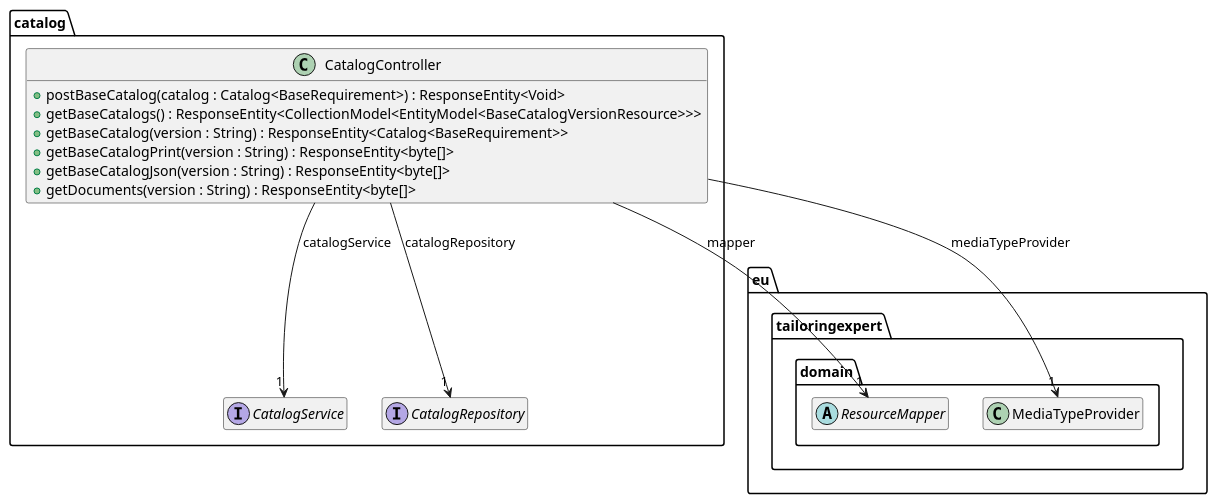
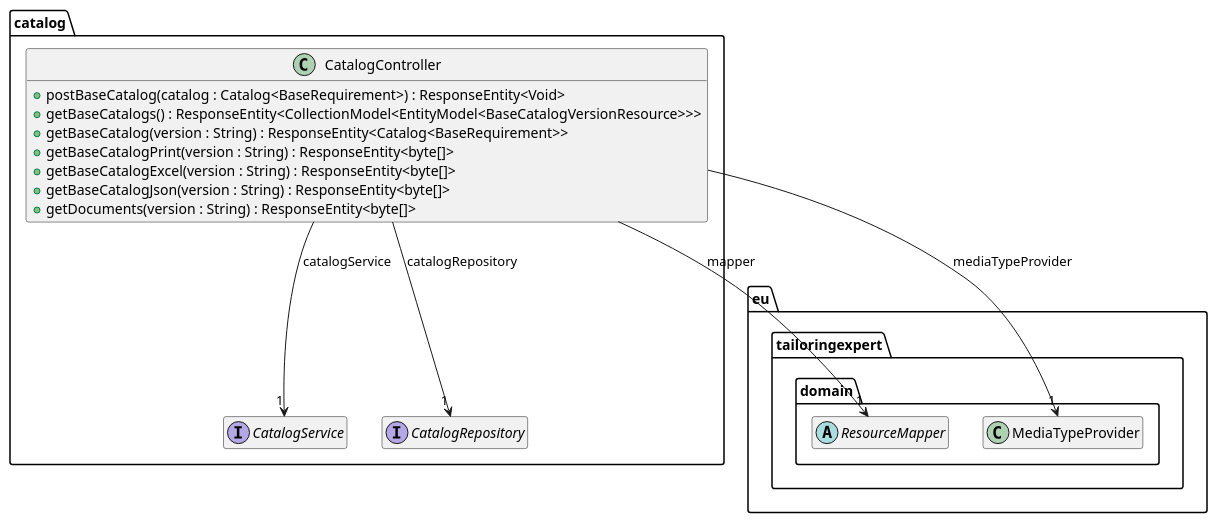
One commit to tailoringexpert/platform changed the diagram in src/site/arc42/plantuml/rest/catalog/Ebene3.plantuml. Above: the diagram before and after it, drawn with PlantUML. The commit also changed 33 other files, not shown here.

```diff
--- a/src/site/arc42/plantuml/rest/catalog/Ebene3.plantuml
+++ b/src/site/arc42/plantuml/rest/catalog/Ebene3.plantuml
@@ -1,34 +1,35 @@
 @startuml
 hide empty members
 
 package eu.tailoringexpert {
     package domain {
         abstract class ResourceMapper
         class MediaTypeProvider
     }
 }
 
 package catalog {
 
     interface CatalogService {
     }
 
     interface CatalogRepository {
     }
 
     class CatalogController {
         +postBaseCatalog(catalog : Catalog<BaseRequirement>) : ResponseEntity<Void>
         +getBaseCatalogs() : ResponseEntity<CollectionModel<EntityModel<BaseCatalogVersionResource>>>
         +getBaseCatalog(version : String) : ResponseEntity<Catalog<BaseRequirement>>
         +getBaseCatalogPrint(version : String) : ResponseEntity<byte[]>
+        +getBaseCatalogExcel(version : String) : ResponseEntity<byte[]>
         +getBaseCatalogJson(version : String) : ResponseEntity<byte[]>
         +getDocuments(version : String) : ResponseEntity<byte[]>
     }
 
 
     CatalogController --> "1" ResourceMapper : mapper
     CatalogController --> "1" CatalogService : catalogService
     CatalogController --> "1" CatalogRepository : catalogRepository
     CatalogController --> "1" MediaTypeProvider : mediaTypeProvider
 }
 @enduml
```
